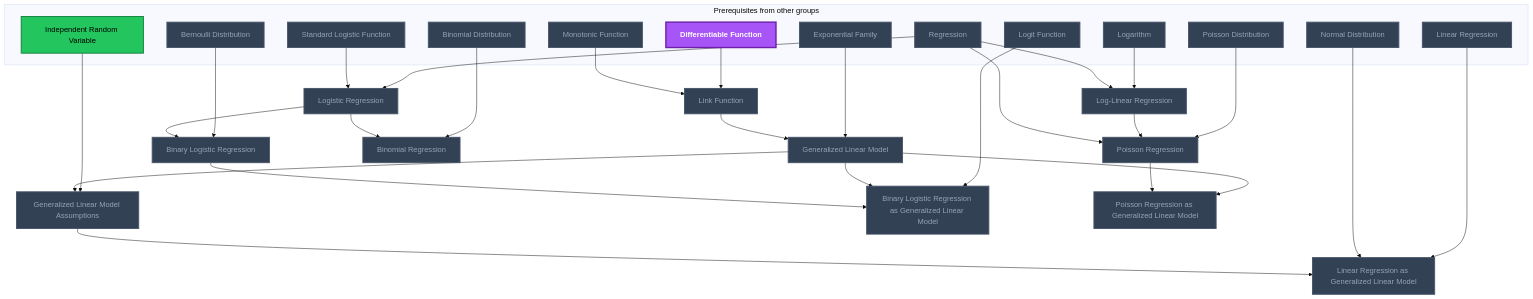
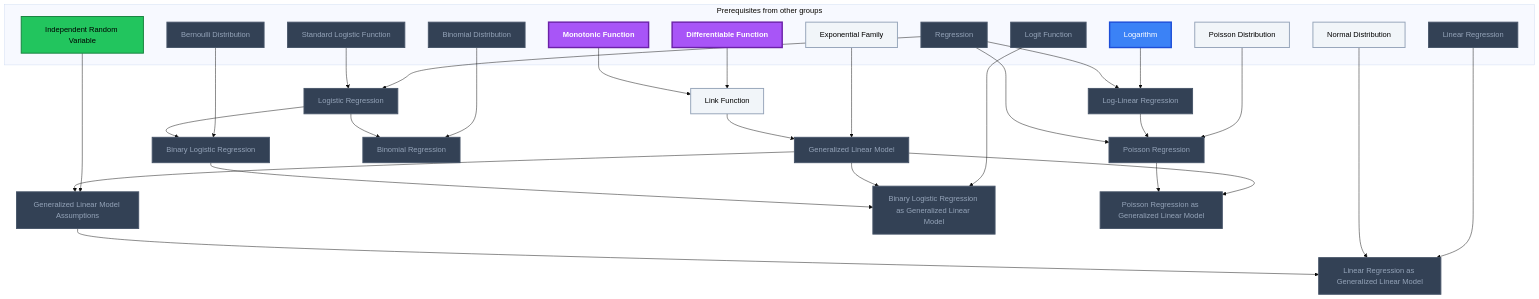
One commit to MRauf1/My-Notes changed the tenth of 11 diagrams in Gamification/Skill Trees/Categorical Variable Prediction.md. Above: the diagram before and after it, drawn with Mermaid (base theme). The commit also changed other lines of this file and 145 other files, not shown here.

````diff
--- a/Gamification/Skill Trees/Categorical Variable Prediction.md
+++ b/Gamification/Skill Trees/Categorical Variable Prediction.md
@@ -576,67 +584,69 @@
 ```mermaid
 flowchart TD
     classDef planned fill:#1E293B,stroke:#64748B,stroke-width:2px,stroke-dasharray:5 5,color:#94A3B8;
     classDef locked fill:#334155,stroke:#475569,stroke-width:2px,color:#94A3B8;
     classDef L0 fill:#F1F5F9,stroke:#94A3B8,stroke-width:2px,color:#000000;
     classDef L1 fill:#22C55E,stroke:#15803D,stroke-width:2px,color:#000000;
     classDef L2 fill:#3B82F6,stroke:#1D4ED8,stroke-width:3px,color:#FFFFFF;
     classDef L3 fill:#A855F7,stroke:#6B21A8,stroke-width:3px,color:#FFFFFF,font-weight:bold;
     classDef L4 fill:#F97316,stroke:#C2410C,stroke-width:4px,color:#000000,font-weight:bold;
     classDef L5 fill:#FFD700,stroke:#FF8C00,stroke-width:5px,color:#000000,font-weight:bold;
     classDef rusty stroke:#8B4513,stroke-width:4px,stroke-dasharray:3 3;
     subgraph sg_prereqs["Prerequisites from other groups"]
         n_differentiable_function["Differentiable Function"]
         n_monotonic_function["Monotonic Function"]
         n_exponential_family["Exponential Family"]
         n_independent_random_variable["Independent Random Variable"]
         n_linear_regression["Linear Regression"]
         n_normal_distribution["Normal Distribution"]
         n_regression["Regression"]
         n_standard_logistic_function["Standard Logistic Function"]
         n_bernoulli_distribution["Bernoulli Distribution"]
         n_logit_function["Logit Function"]
         n_binomial_distribution["Binomial Distribution"]
         n_logarithm["Logarithm"]
         n_poisson_distribution["Poisson Distribution"]
     end
     n_link_function["Link Function"]
     n_generalized_linear_model["Generalized Linear Model"]
     n_generalized_linear_model_assumptions["Generalized Linear Model Assumptions"]
     n_linear_regression_as_generalized_linear_model["Linear Regression as Generalized Linear Model"]
     n_logistic_regression["Logistic Regression"]
     n_binary_logistic_regression["Binary Logistic Regression"]
     n_binary_logistic_regression_as_generalized_linear_model["Binary Logistic Regression as Generalized Linear Model"]
     n_binomial_regression["Binomial Regression"]
     n_log_linear_regression["Log-Linear Regression"]
     n_poisson_regression["Poisson Regression"]
     n_poisson_regression_as_generalized_linear_model["Poisson Regression as Generalized Linear Model"]
     n_differentiable_function --> n_link_function
     n_monotonic_function --> n_link_function
     n_exponential_family --> n_generalized_linear_model
     n_link_function --> n_generalized_linear_model
     n_independent_random_variable --> n_generalized_linear_model_assumptions
     n_generalized_linear_model --> n_generalized_linear_model_assumptions
     n_linear_regression --> n_linear_regression_as_generalized_linear_model
     n_normal_distribution --> n_linear_regression_as_generalized_linear_model
     n_generalized_linear_model_assumptions --> n_linear_regression_as_generalized_linear_model
     n_regression --> n_logistic_regression
     n_standard_logistic_function --> n_logistic_regression
     n_bernoulli_distribution --> n_binary_logistic_regression
     n_logistic_regression --> n_binary_logistic_regression
     n_logit_function --> n_binary_logistic_regression_as_generalized_linear_model
     n_generalized_linear_model --> n_binary_logistic_regression_as_generalized_linear_model
     n_binary_logistic_regression --> n_binary_logistic_regression_as_generalized_linear_model
     n_binomial_distribution --> n_binomial_regression
     n_logistic_regression --> n_binomial_regression
     n_logarithm --> n_log_linear_regression
     n_regression --> n_log_linear_regression
     n_poisson_distribution --> n_poisson_regression
     n_log_linear_regression --> n_poisson_regression
     n_generalized_linear_model --> n_poisson_regression_as_generalized_linear_model
     n_poisson_regression --> n_poisson_regression_as_generalized_linear_model
     n_regression --> n_poisson_regression
-    class n_monotonic_function,n_exponential_family,n_linear_regression,n_normal_distribution,n_regression,n_standard_logistic_function,n_bernoulli_distribution,n_logit_function,n_binomial_distribution,n_logarithm,n_poisson_distribution,n_link_function,n_generalized_linear_model,n_generalized_linear_model_assumptions,n_linear_regression_as_generalized_linear_model,n_logistic_regression,n_binary_logistic_regression,n_binary_logistic_regression_as_generalized_linear_model,n_binomial_regression,n_log_linear_regression,n_poisson_regression,n_poisson_regression_as_generalized_linear_model locked;
+    class n_linear_regression,n_regression,n_standard_logistic_function,n_bernoulli_distribution,n_logit_function,n_binomial_distribution,n_generalized_linear_model,n_generalized_linear_model_assumptions,n_linear_regression_as_generalized_linear_model,n_logistic_regression,n_binary_logistic_regression,n_binary_logistic_regression_as_generalized_linear_model,n_binomial_regression,n_log_linear_regression,n_poisson_regression,n_poisson_regression_as_generalized_linear_model locked;
+    class n_exponential_family,n_normal_distribution,n_poisson_distribution,n_link_function L0;
     class n_independent_random_variable L1;
-    class n_differentiable_function L3;
+    class n_logarithm L2;
+    class n_differentiable_function,n_monotonic_function L3;
     class n_differentiable_function,n_monotonic_function,n_exponential_family,n_independent_random_variable,n_linear_regression,n_normal_distribution,n_regression,n_standard_logistic_function,n_bernoulli_distribution,n_logit_function,n_binomial_distribution,n_logarithm,n_poisson_distribution,n_link_function,n_generalized_linear_model,n_generalized_linear_model_assumptions,n_linear_regression_as_generalized_linear_model,n_logistic_regression,n_binary_logistic_regression,n_binary_logistic_regression_as_generalized_linear_model,n_binomial_regression,n_log_linear_regression,n_poisson_regression,n_poisson_regression_as_generalized_linear_model internal-link;
 ```
````
